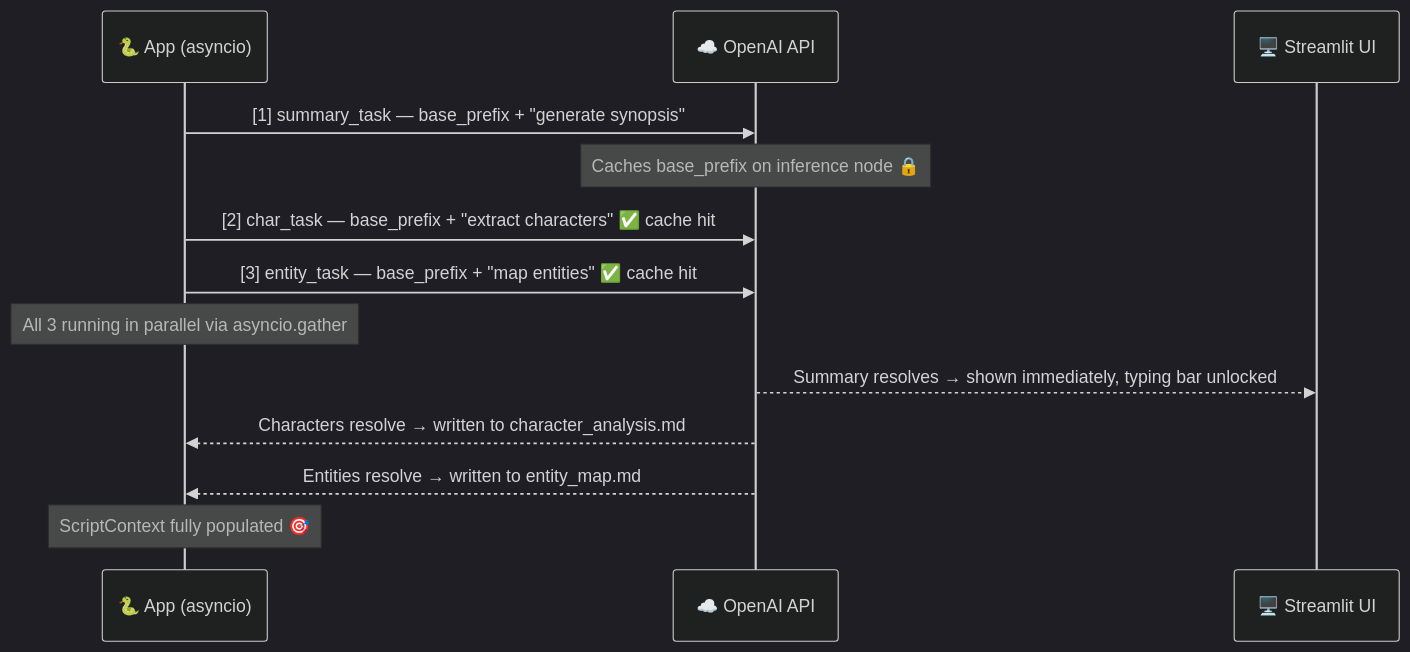
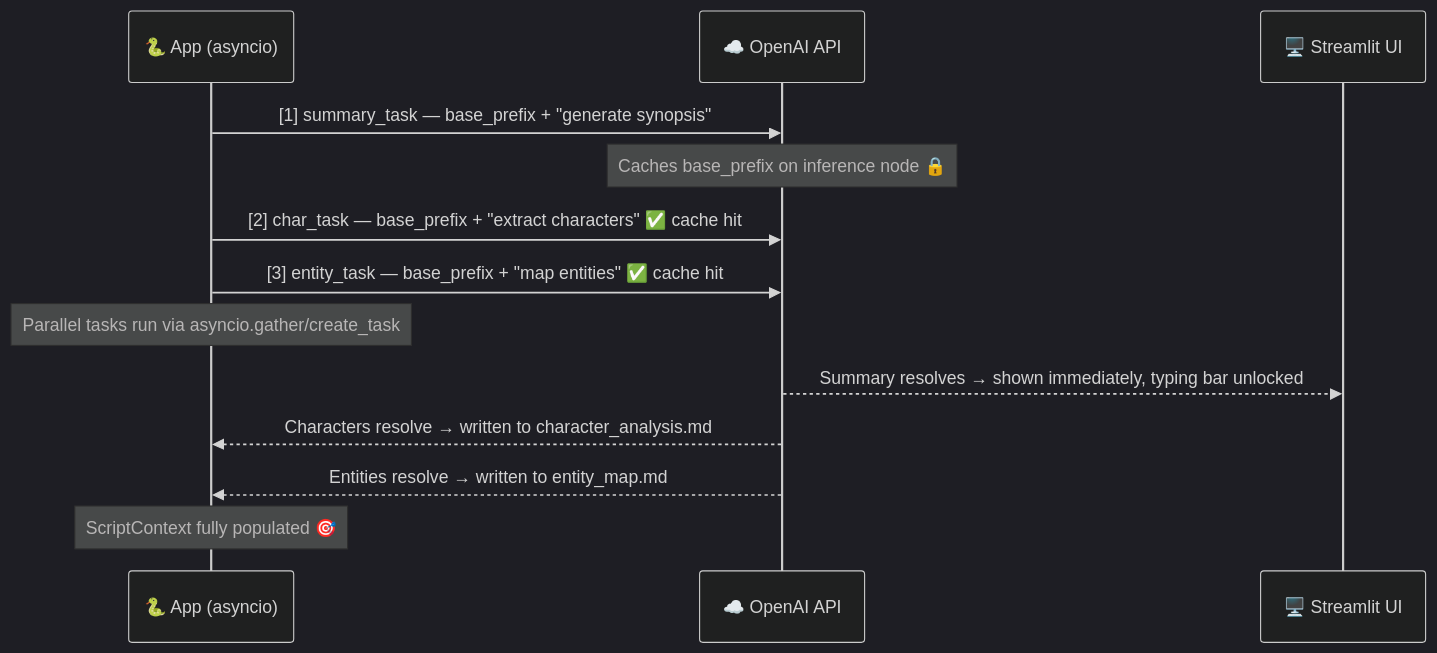
Before and after one commit to sukeshan/CineScript-Insight-Agent: the third of 4 diagrams in agent/workflows/template.md, drawn with Mermaid (dark theme). The commit also changed other lines of this file and 2 other files, not shown here.

````diff
--- a/agent/workflows/template.md
+++ b/agent/workflows/template.md
@@ -120,16 +113,16 @@
 ```mermaid
 sequenceDiagram
     participant App as 🐍 App (asyncio)
     participant OpenAI as ☁️ OpenAI API
     participant UI as 🖥️ Streamlit UI
 
     App->>OpenAI: [1] summary_task — base_prefix + "generate synopsis"
     Note over OpenAI: Caches base_prefix on inference node 🔒
     App->>OpenAI: [2] char_task — base_prefix + "extract characters" ✅ cache hit
     App->>OpenAI: [3] entity_task — base_prefix + "map entities" ✅ cache hit
-    Note over App: All 3 running in parallel via asyncio.gather
+    Note over App: Parallel tasks run via asyncio.gather/create_task
     OpenAI-->>UI: Summary resolves → shown immediately, typing bar unlocked
     OpenAI-->>App: Characters resolve → written to character_analysis.md
     OpenAI-->>App: Entities resolve → written to entity_map.md
     Note over App: ScriptContext fully populated 🎯
 ```
````
